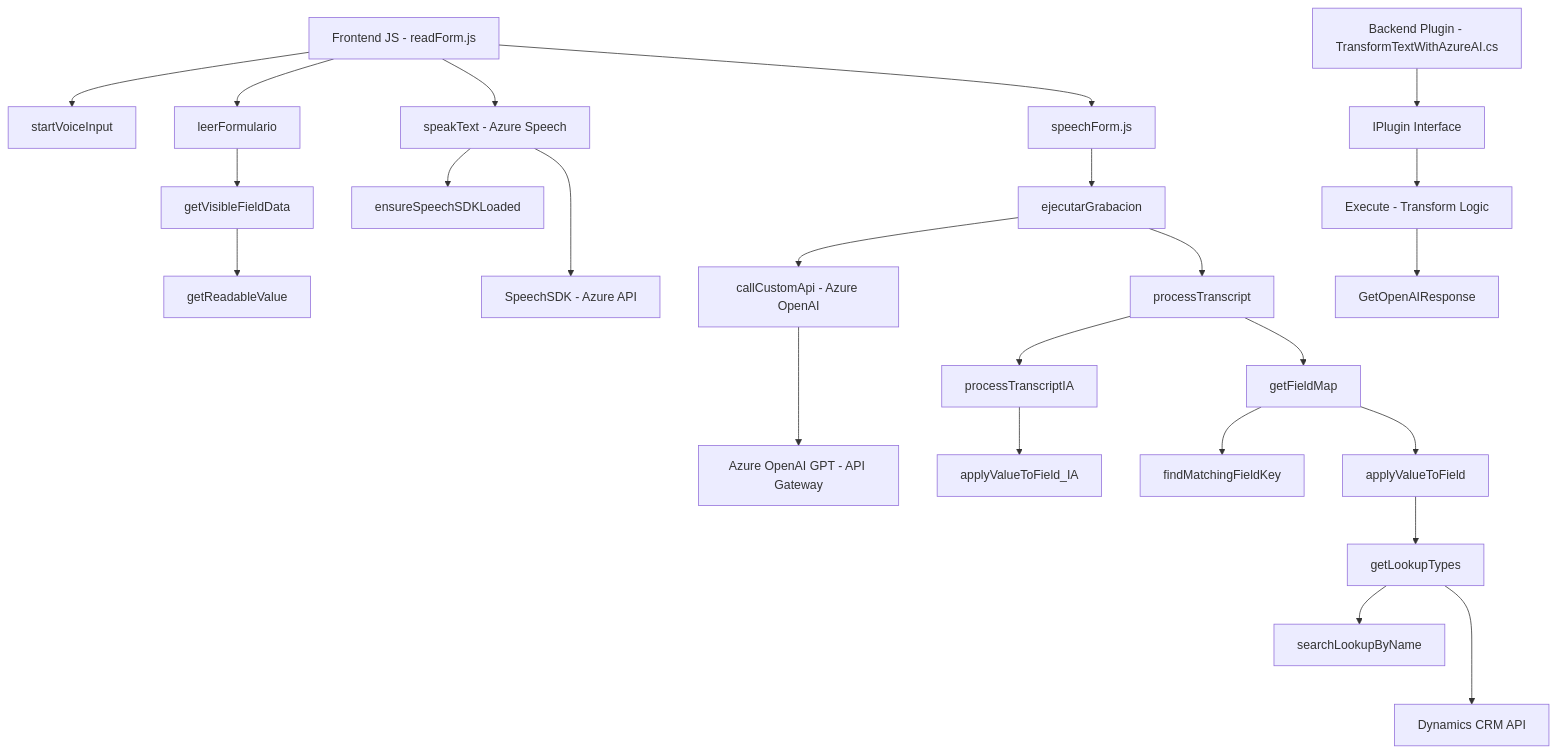
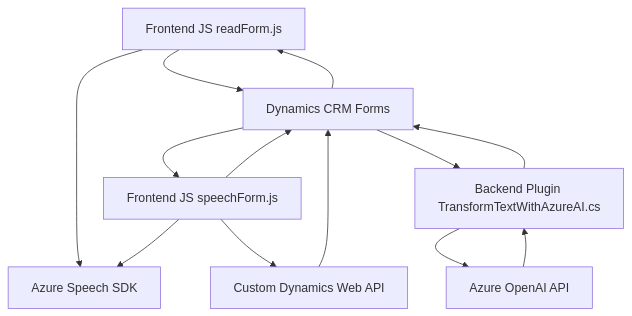
One commit to blopezdm/NETCORE_BILBAO2025 changed the diagram in README.md. Above: the diagram before and after it, drawn with Mermaid. The commit also changed other lines of this file, not shown here.

````diff
--- a/README.md
+++ b/README.md
@@ -56,29 +34,23 @@
 ```mermaid
 graph TD
-    A["Frontend JS - readForm.js"] --> B["startVoiceInput"]
-    A --> C["leerFormulario"]
-    C --> D["getVisibleFieldData"]
-    D --> E["getReadableValue"]
-    A --> F["speakText - Azure Speech"]
-    F --> G["ensureSpeechSDKLoaded"]
-    A --> H["speechForm.js"]
-
-    H --> I["ejecutarGrabacion"]
-    I --> J["callCustomApi - Azure OpenAI"]
-    I --> K["processTranscript"]
-    K --> L["processTranscriptIA"]
-    K --> M["getFieldMap"]
-    L --> N["applyValueToField_IA"]
-    M --> O["findMatchingFieldKey"]
-    M --> P["applyValueToField"]
-    P --> Q["getLookupTypes"]
-    Q --> R["searchLookupByName"]
-
-    S["Backend Plugin - TransformTextWithAzureAI.cs"] --> T["IPlugin Interface"]
-    T --> U["Execute - Transform Logic"]
-    U --> V["GetOpenAIResponse"]
-
-    F ---> X["SpeechSDK - Azure API"]
-    J ---> Y["Azure OpenAI GPT - API Gateway"]
-    Q ---> Z["Dynamics CRM API"]
+    A["Frontend JS readForm.js"]
+    B["Frontend JS speechForm.js"]
+    C["Backend Plugin TransformTextWithAzureAI.cs"]
+    D["Azure Speech SDK"]
+    E["Azure OpenAI API"]
+    F["Dynamics CRM Forms"]
+    G["Custom Dynamics Web API"]
+    
+    A --> F
+    B --> F
+    F --> A
+    F --> B
+    A --> D
+    B --> D
+    C --> E
+    E --> C
+    C --> F
+    F --> C
+    B --> G
+    G --> F
 ```
````
